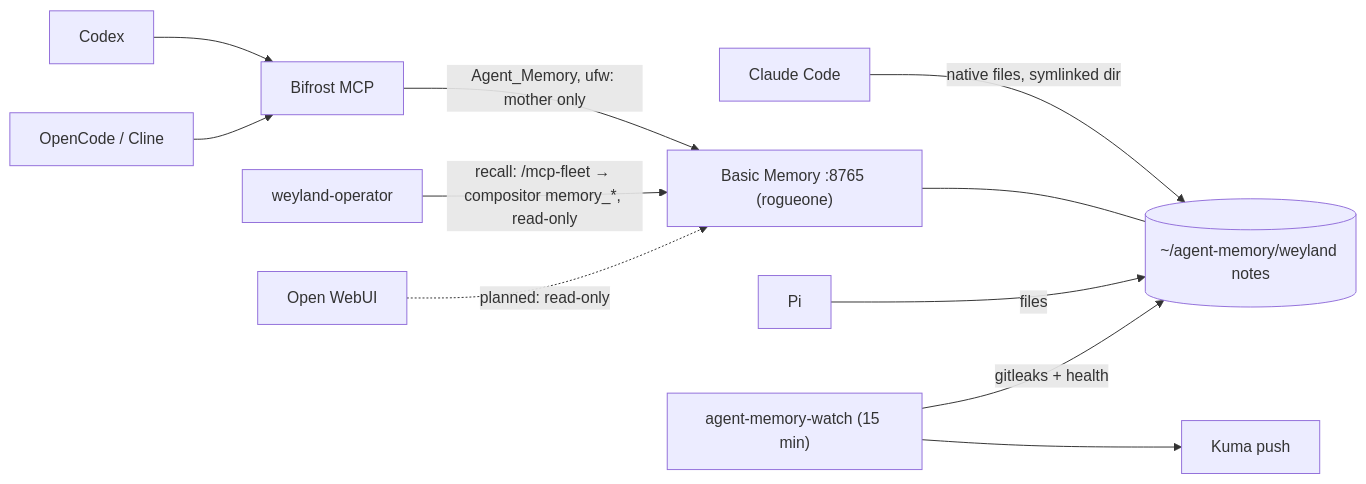
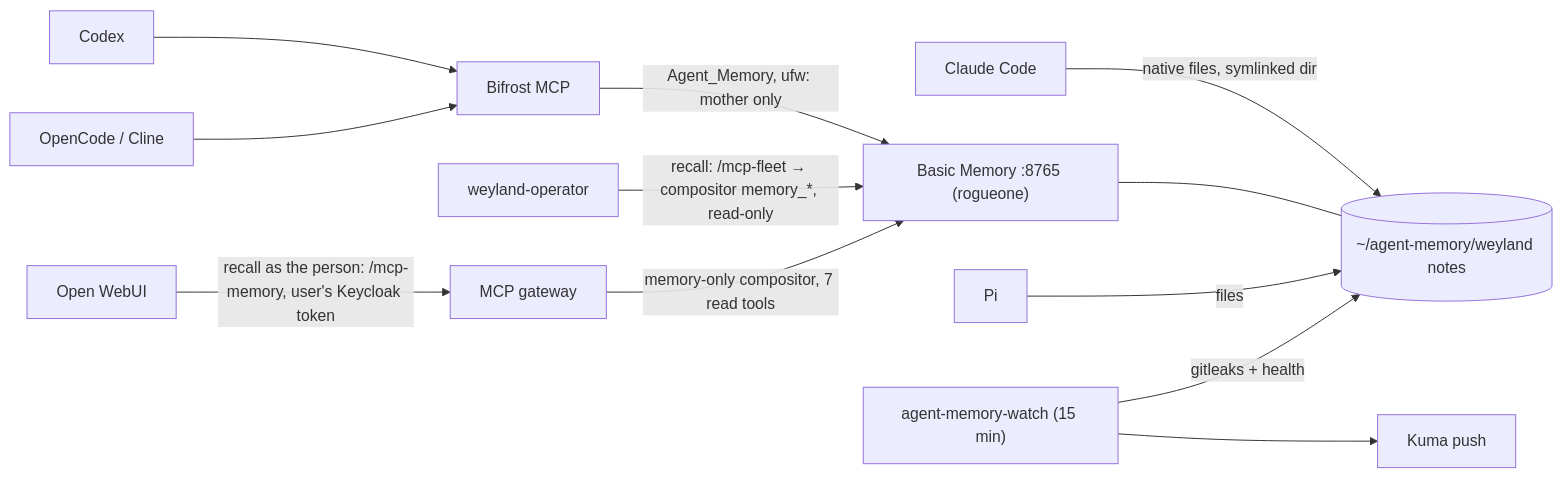
The fourth of 4 diagrams in docs/arch.md (edtbl76/weyland-lab), drawn with Mermaid before and after one commit. The commit also changed 17 other files, not shown here.

First line of the commit message:
Implement memory-only MCP compositor for Open WebUI and update gateway

````diff
--- a/docs/arch.md
+++ b/docs/arch.md
@@ -1116,13 +1116,14 @@
 ```mermaid
 flowchart LR
   CC["Claude Code"] -->|native files, symlinked dir| NOTES[("~/agent-memory/weyland notes")]
   BM["Basic Memory :8765 (rogueone)"] --- NOTES
   CX["Codex"] --> BF["Bifrost MCP"]
   OC["OpenCode / Cline"] --> BF
   BF -->|Agent_Memory, ufw: mother only| BM
   PI["Pi"] -->|files| NOTES
   OP["weyland-operator"] -->|recall: /mcp-fleet → compositor memory_*, read-only| BM
-  OW["Open WebUI"] -.->|planned: read-only| BM
+  OW["Open WebUI"] -->|recall as the person: /mcp-memory, user's Keycloak token| GW["MCP gateway"]
+  GW -->|memory-only compositor, 7 read tools| BM
   W["agent-memory-watch (15 min)"] -->|gitleaks + health| NOTES
   W --> K["Kuma push"]
 ```
````
